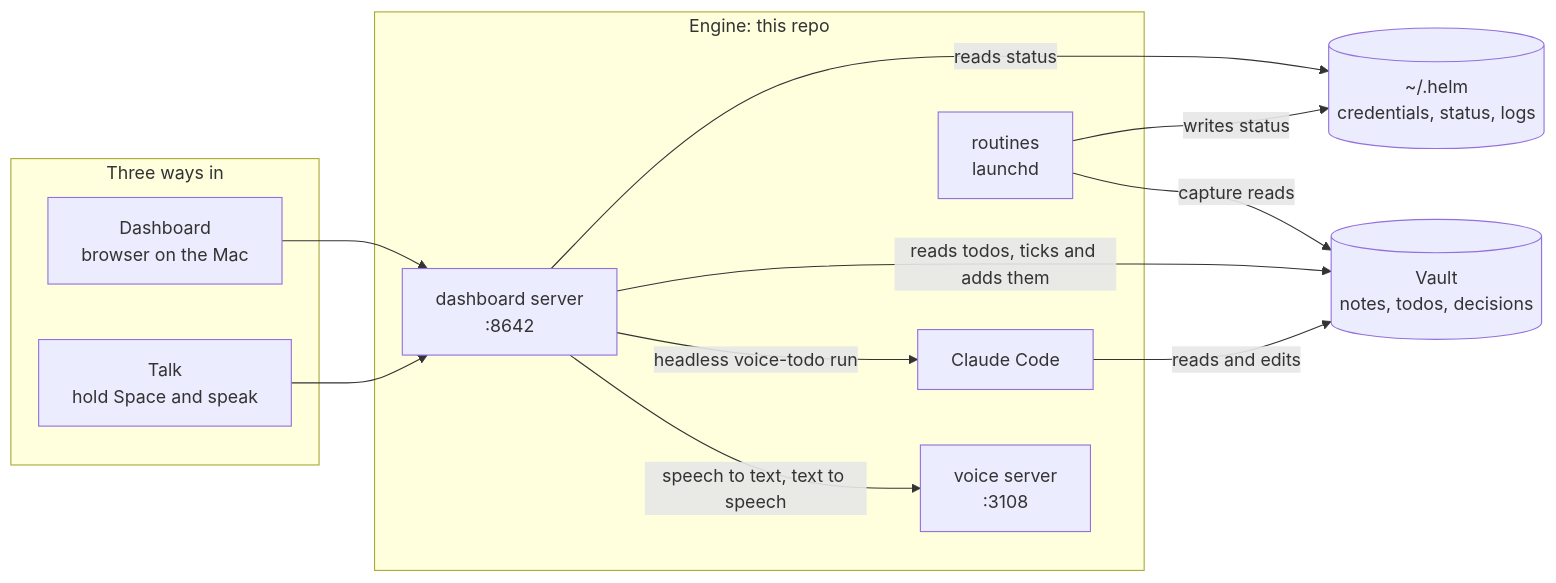
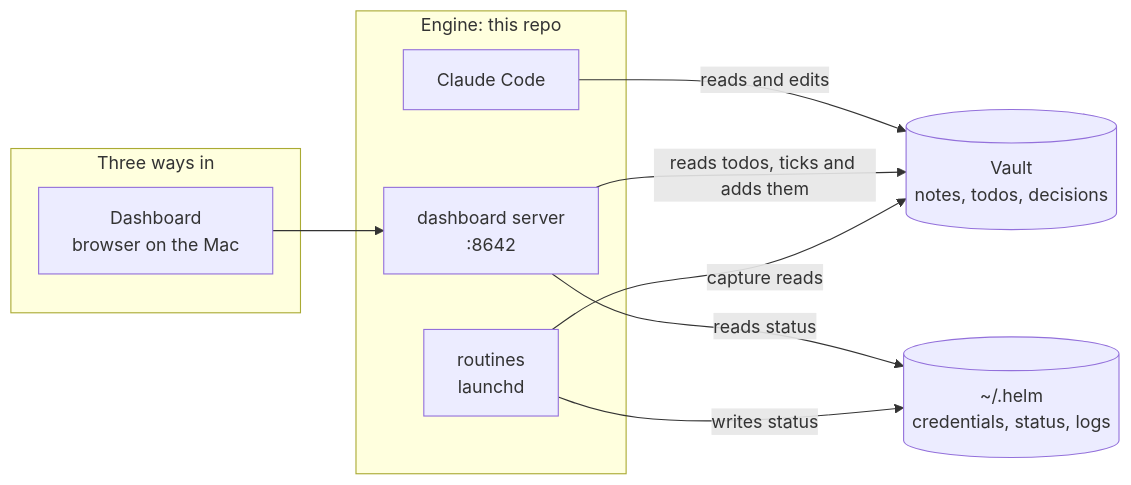
One commit to danielgentile22/helm changed the diagram in README.md. Above: the diagram before and after it, drawn with Mermaid. The commit also changed other lines of this file and 35 other files, not shown here.

First line of the commit message:
Remove talk: the voice server, the voice-todo skill and the dashboard's talk path

````diff
--- a/README.md
+++ b/README.md
@@ -44,27 +39,22 @@
 ```mermaid
 flowchart LR
   subgraph ways["Three ways in"]
     D["Dashboard<br/>browser on the Mac"]
-    T["Talk<br/>hold Space and speak"]
   end
 
   subgraph engine["Engine: this repo"]
     DS["dashboard server<br/>:8642"]
-    VS["voice server<br/>:3108"]
     R["routines<br/>launchd"]
     CC["Claude Code"]
   end
 
   V[("Vault<br/>notes, todos, decisions")]
   S[("~/.helm<br/>credentials, status, logs")]
 
   D --> DS
-  T --> DS
-  DS -- "speech to text, text to speech" --> VS
-  DS -- "headless voice-todo run" --> CC
   CC -- "reads and edits" --> V
   DS -- "reads todos, ticks and adds them" --> V
   DS -- "reads status" --> S
   R -- "capture reads" --> V
   R -- "writes status" --> S
 ```
````
